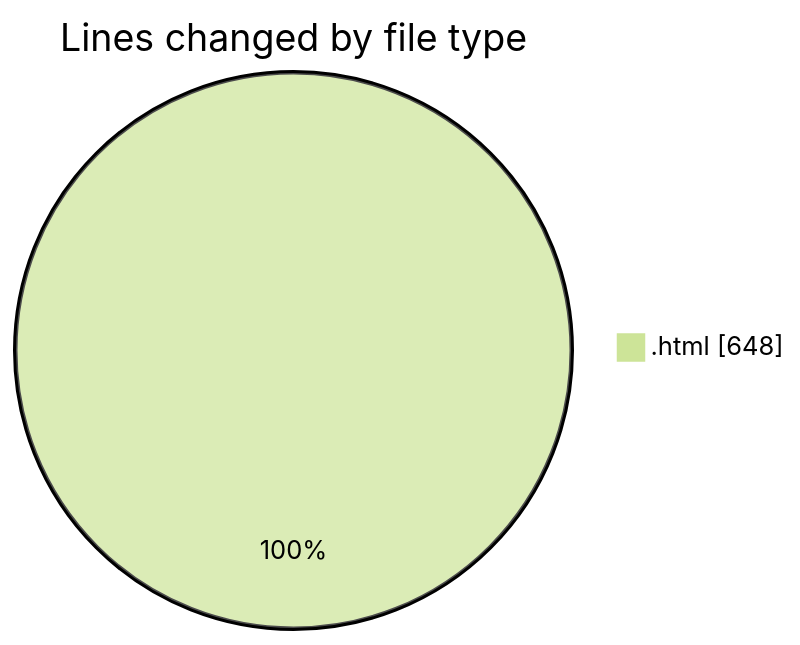
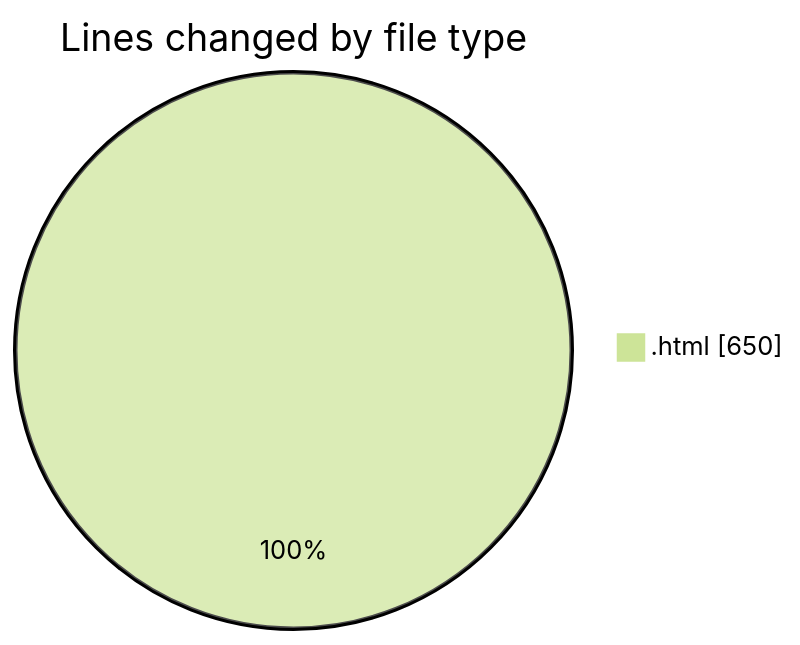
The first of 2 diagrams in 2025-01-08/nueva_carpeta/README.md (LanceThiago/code-tracking), drawn with Mermaid (forest theme) before and after one commit. The commit also changed other lines of this file and 1 other file, not shown here.

````diff
--- a/2025-01-08/nueva_carpeta/README.md
+++ b/2025-01-08/nueva_carpeta/README.md
@@ -20,5 +20,5 @@
 ```mermaid
 pie showData
 title Lines changed by file type
-".html" : 648
+".html" : 650
 ```
````
